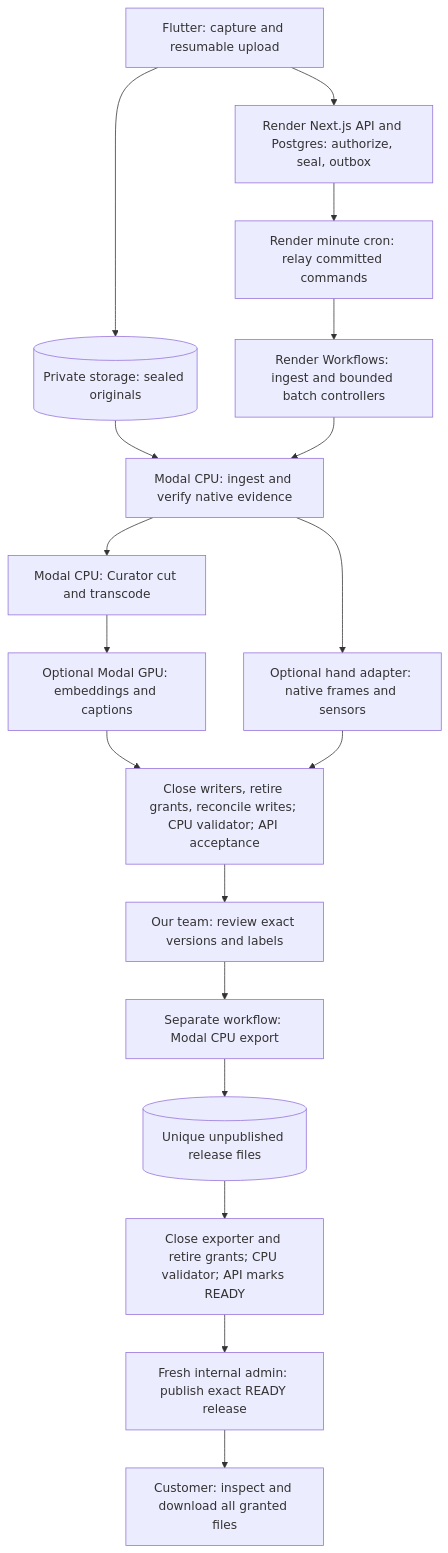
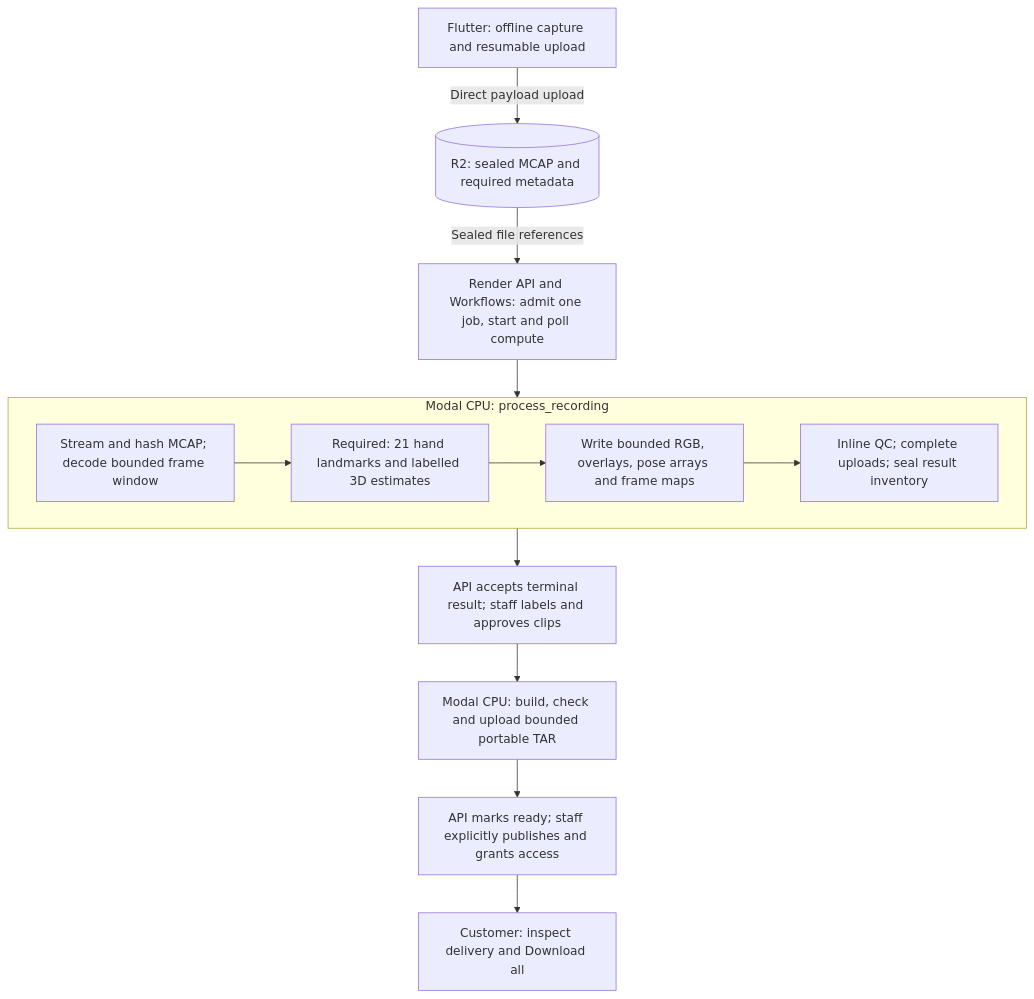
The diagram in docs/figures/processing-stages.md (StateAction-ai/stateaction), drawn with Mermaid before and after one commit. The commit also changed other lines of this file and 38 other files, not shown here.

Commit message:
docs: simplify MVP with local Render workflows and UI mocks

````diff
--- a/docs/figures/processing-stages.md
+++ b/docs/figures/processing-stages.md
@@ -7,20 +5,21 @@
 ```mermaid
 flowchart TD
-    phone["Flutter: capture and resumable upload"] --> raw[("Private storage: sealed originals")]
-    phone --> api["Render Next.js API and Postgres: authorize, seal, outbox"]
-    api --> relay["Render minute cron: relay committed commands"]
-    relay --> flow["Render Workflows: ingest and bounded batch controllers"]
-    raw --> ingest["Modal CPU: ingest and verify native evidence"]
-    flow --> ingest
-    ingest --> prep["Modal CPU: Curator cut and transcode"]
-    prep --> enrich["Optional Modal GPU: embeddings and captions"]
-    ingest --> hands["Optional hand adapter: native frames and sensors"]
-    enrich --> accepted["Close writers, retire grants, reconcile writes; CPU validator; API acceptance"]
-    hands --> accepted
-    accepted --> review["Our team: review exact versions and labels"]
-    review --> export["Separate workflow: Modal CPU export"]
-    export --> candidate[("Unique unpublished release files")]
-    candidate --> check["Close exporter and retire grants; CPU validator; API marks READY"]
-    check --> publish["Fresh internal admin: publish exact READY release"]
-    publish --> customer["Customer: inspect and download all granted files"]
+    capture["Flutter: offline capture and resumable upload"]
+    source[("R2: sealed MCAP and required metadata")]
+    dispatch["Render API and Workflows: admit one job, start and poll compute"]
+    subgraph process["Modal CPU: process_recording"]
+        extract["Stream and hash MCAP; decode bounded frame window"]
+        hands["Required: 21 hand landmarks and labelled 3D estimates"]
+        preview["Write bounded RGB, overlays, pose arrays and frame maps"]
+        qc["Inline QC; complete uploads; seal result inventory"]
+        extract --> hands --> preview --> qc
+    end
+    review["API accepts terminal result; staff labels and approves clips"]
+    export["Modal CPU: build, check and upload bounded portable TAR"]
+    publish["API marks ready; staff explicitly publishes and grants access"]
+    customer["Customer: inspect delivery and Download all"]
+    capture -->|"Direct payload upload"| source
+    source -->|"Sealed file references"| dispatch
+    dispatch --> process
+    process --> review --> export --> publish --> customer
 ```
````
